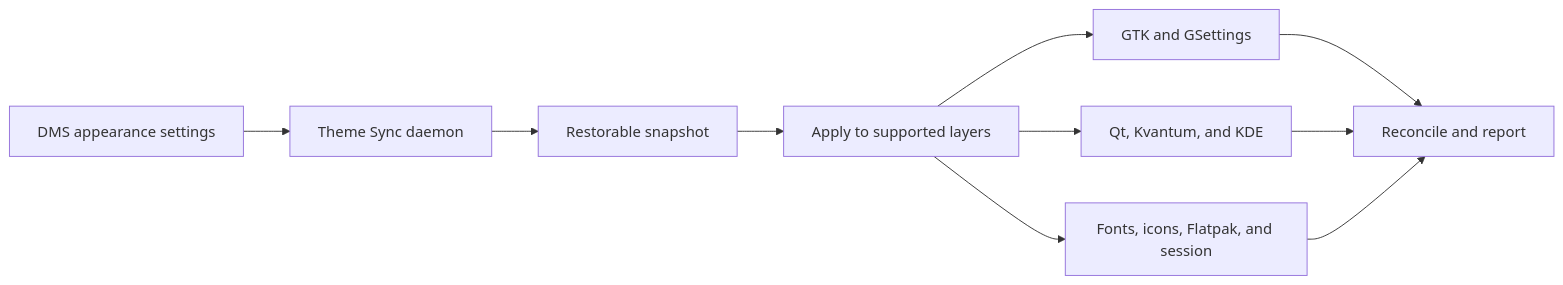
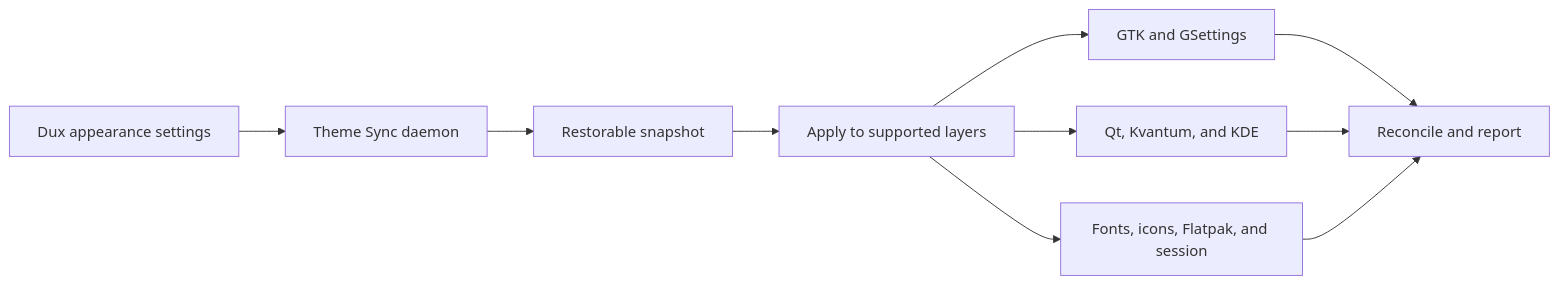
One commit to arqueon/dms-theme-sync changed the diagram in README.md. Above: the diagram before and after it, drawn with Mermaid. The commit also changed other lines of this file and 11 other files, not shown here.

````diff
--- a/README.md
+++ b/README.md
@@ -156,12 +156,12 @@
 ```mermaid
 flowchart LR
-  A[DMS appearance settings] --> B[Theme Sync daemon]
+  A[Dux appearance settings] --> B[Theme Sync daemon]
   B --> C[Restorable snapshot]
   C --> D[Apply to supported layers]
   D --> E[GTK and GSettings]
   D --> F[Qt, Kvantum, and KDE]
   D --> G[Fonts, icons, Flatpak, and session]
   E --> H[Reconcile and report]
   F --> H
   G --> H
 ```
````
